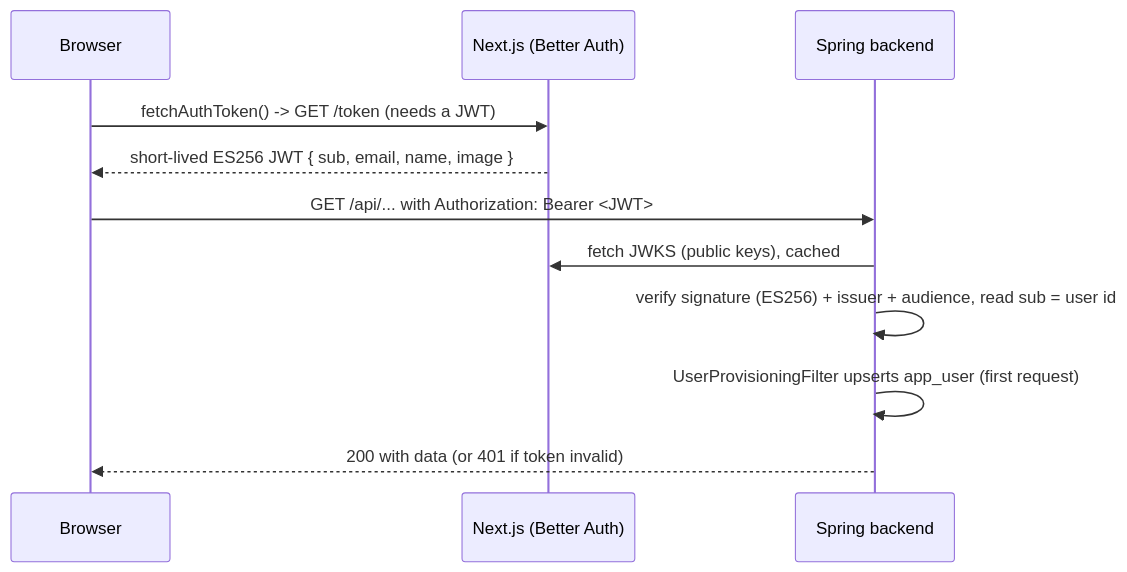
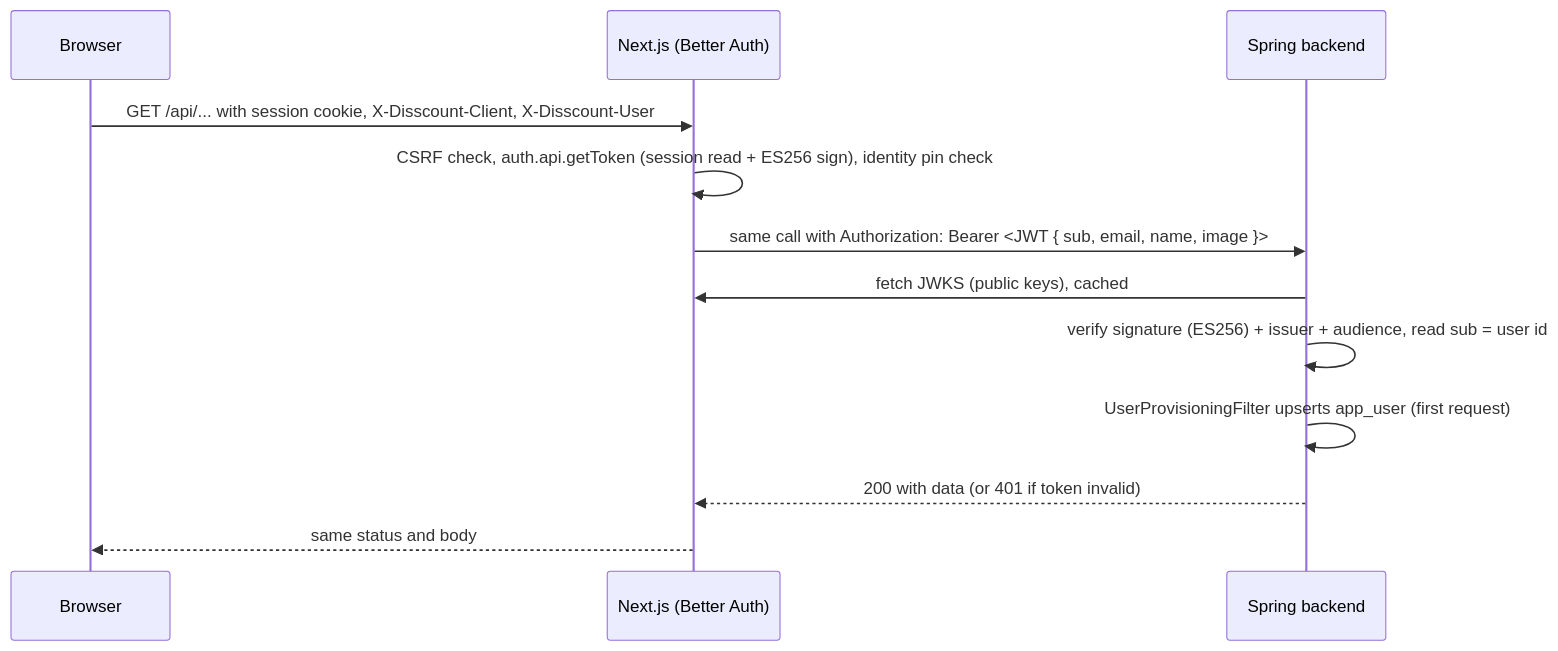
The second of 4 diagrams in docs/AUTH.md (OffCrazyFreak/Disscount), drawn with Mermaid before and after one commit. The commit also changed other lines of this file and 5 other files, not shown here.

First line of the commit message:
docs(auth): Describe the backend proxy and drop the browser token flow

````diff
--- a/docs/AUTH.md
+++ b/docs/AUTH.md
@@ -33,13 +33,14 @@
 ```mermaid
 sequenceDiagram
     participant B as Browser
     participant N as Next.js (Better Auth)
     participant S as Spring backend
-    B->>N: fetchAuthToken() -> GET /token (needs a JWT)
-    N-->>B: short-lived ES256 JWT { sub, email, name, image }
-    B->>S: GET /api/... with Authorization: Bearer <JWT>
+    B->>N: GET /api/... with session cookie, X-Disscount-Client, X-Disscount-User
+    N->>N: CSRF check, auth.api.getToken (session read + ES256 sign), identity pin check
+    N->>S: same call with Authorization: Bearer <JWT { sub, email, name, image }>
     S->>N: fetch JWKS (public keys), cached
     S->>S: verify signature (ES256) + issuer + audience, read sub = user id
     S->>S: UserProvisioningFilter upserts app_user (first request)
-    S-->>B: 200 with data (or 401 if token invalid)
+    S-->>N: 200 with data (or 401 if token invalid)
+    N-->>B: same status and body
 ```
````
